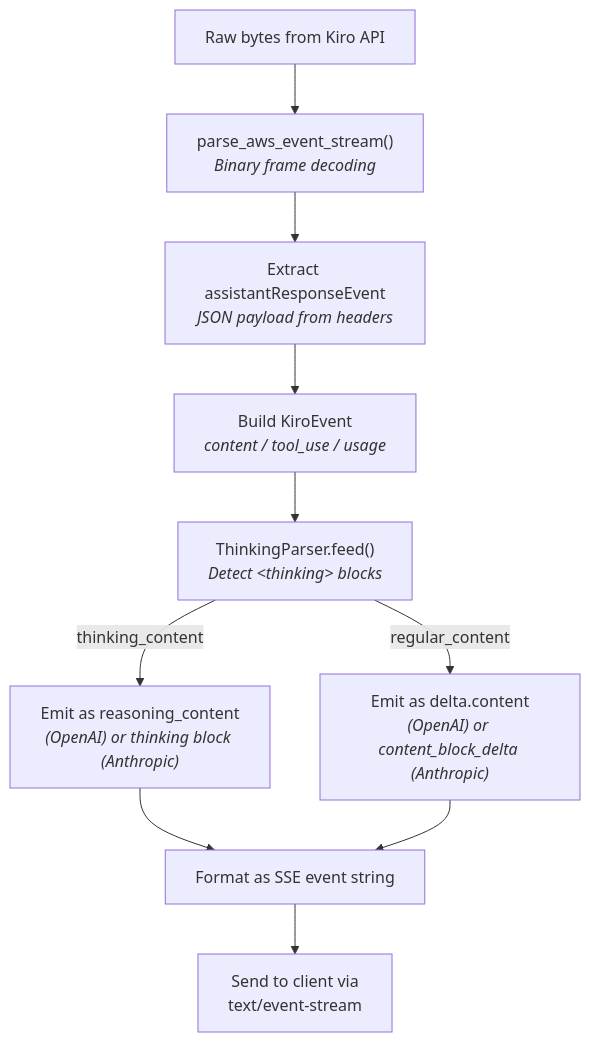
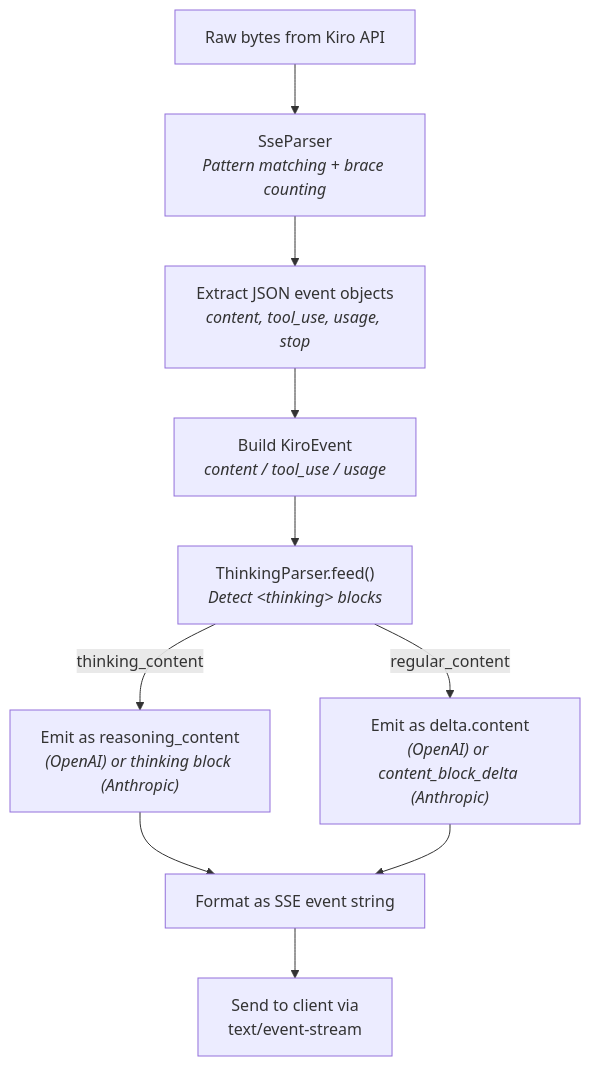
One commit to if414013/harbangan changed the fourth of 5 diagrams in gh-pages/docs/architecture/request-flow.md. Above: the diagram before and after it, drawn with Mermaid. The commit also changed other lines of this file and 6 other files, not shown here.

````diff
--- a/gh-pages/docs/architecture/request-flow.md
+++ b/gh-pages/docs/architecture/request-flow.md
@@ -300,12 +300,12 @@
 ```mermaid
 flowchart TD
-    BYTES["Raw bytes from Kiro API"] --> PARSE["parse_aws_event_stream()<br/><i>Binary frame decoding</i>"]
-    PARSE --> EXTRACT["Extract assistantResponseEvent<br/><i>JSON payload from headers</i>"]
+    BYTES["Raw bytes from Kiro API"] --> PARSE["SseParser<br/><i>Pattern matching + brace counting</i>"]
+    PARSE --> EXTRACT["Extract JSON event objects<br/><i>content, tool_use, usage, stop</i>"]
     EXTRACT --> KIRO_EVENT["Build KiroEvent<br/><i>content / tool_use / usage</i>"]
     KIRO_EVENT --> THINKING["ThinkingParser.feed()<br/><i>Detect &lt;thinking&gt; blocks</i>"]
     THINKING --> |thinking_content| REASON["Emit as reasoning_content<br/><i>(OpenAI) or thinking block (Anthropic)</i>"]
     THINKING --> |regular_content| CONTENT["Emit as delta.content<br/><i>(OpenAI) or content_block_delta (Anthropic)</i>"]
     REASON --> FORMAT["Format as SSE event string"]
     CONTENT --> FORMAT
     FORMAT --> CLIENT["Send to client via<br/>text/event-stream"]
 ```
````
